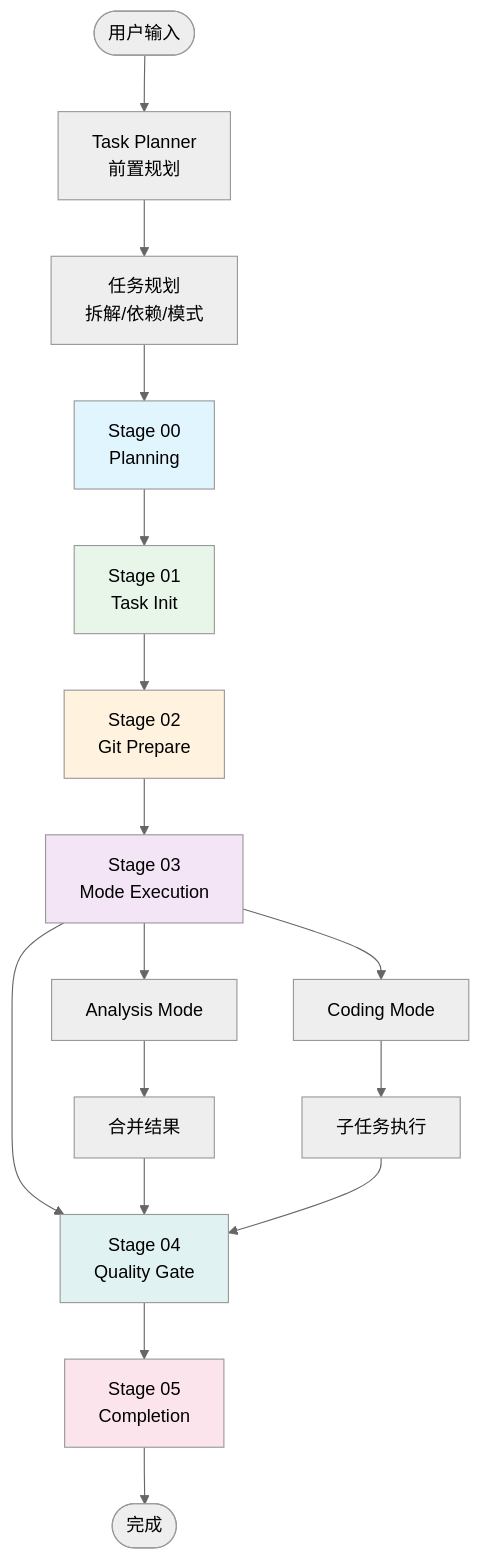
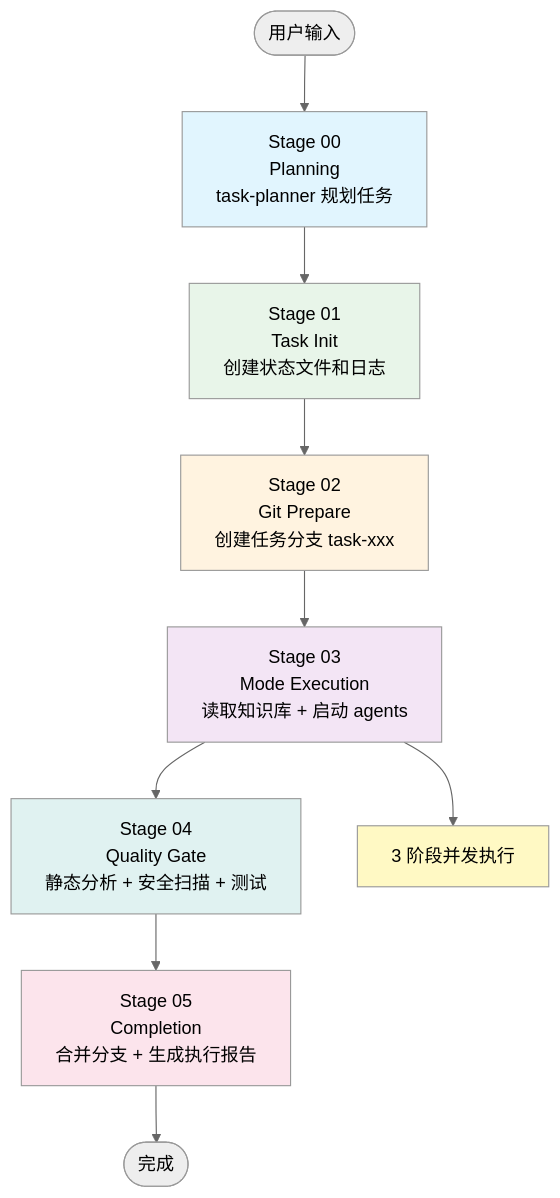
The fourth of 7 diagrams in ARCHITECTURE.md (xxipv6/claudeSandBox), drawn with Mermaid (neutral theme) before and after one commit. The commit also changed other lines of this file, not shown here.

First line of the commit message:
docs: 更新 ARCHITECTURE.md 以匹配 v2.0.0 架构

````diff
--- a/ARCHITECTURE.md
+++ b/ARCHITECTURE.md
@@ -524,30 +162,22 @@
 ```mermaid
 flowchart TD
-    Start([用户输入]) --> TP[Task Planner<br/>前置规划]
-    TP --> Plan[任务规划<br/>拆解/依赖/模式]
+    Start([用户输入]) --> Stage0[Stage 00<br/>Planning<br/>task-planner 规划任务]
 
-    Plan --> Stage0[Stage 00<br/>Planning]
-    Stage0 --> Stage1[Stage 01<br/>Task Init]
-    Stage1 --> Stage2[Stage 02<br/>Git Prepare]
-    Stage2 --> Stage3[Stage 03<br/>Mode Execution]
-    Stage3 --> Stage4[Stage 04<br/>Quality Gate]
-    Stage4 --> Stage5[Stage 05<br/>Completion]
+    Stage0 --> Stage1[Stage 01<br/>Task Init<br/>创建状态文件和日志]
+    Stage1 --> Stage2[Stage 02<br/>Git Prepare<br/>创建任务分支 task-xxx]
+    Stage2 --> Stage3[Stage 03<br/>Mode Execution<br/>读取知识库 + 启动 agents]
+    Stage3 --> Stage4[Stage 04<br/>Quality Gate<br/>静态分析 + 安全扫描 + 测试]
+    Stage4 --> Stage5[Stage 05<br/>Completion<br/>合并分支 + 生成执行报告]
 
-    Stage3 --> Analysis[Analysis Mode]
-    Stage3 --> Coding[Coding Mode]
-
-    Analysis --> Merge[合并结果]
-    Coding --> Subtasks[子任务执行]
-
-    Merge --> Stage4
-    Subtasks --> Stage4
+    Stage3 --> Concurrent[3 阶段并发执行]
 
     Stage5 --> End([完成])
 
     style Stage0 fill:#e1f5fe
     style Stage1 fill:#e8f5e9
     style Stage2 fill:#fff3e0
     style Stage3 fill:#f3e5f5
     style Stage4 fill:#e0f2f1
     style Stage5 fill:#fce4ec
+    style Concurrent fill:#fff9c4
 ```
````
